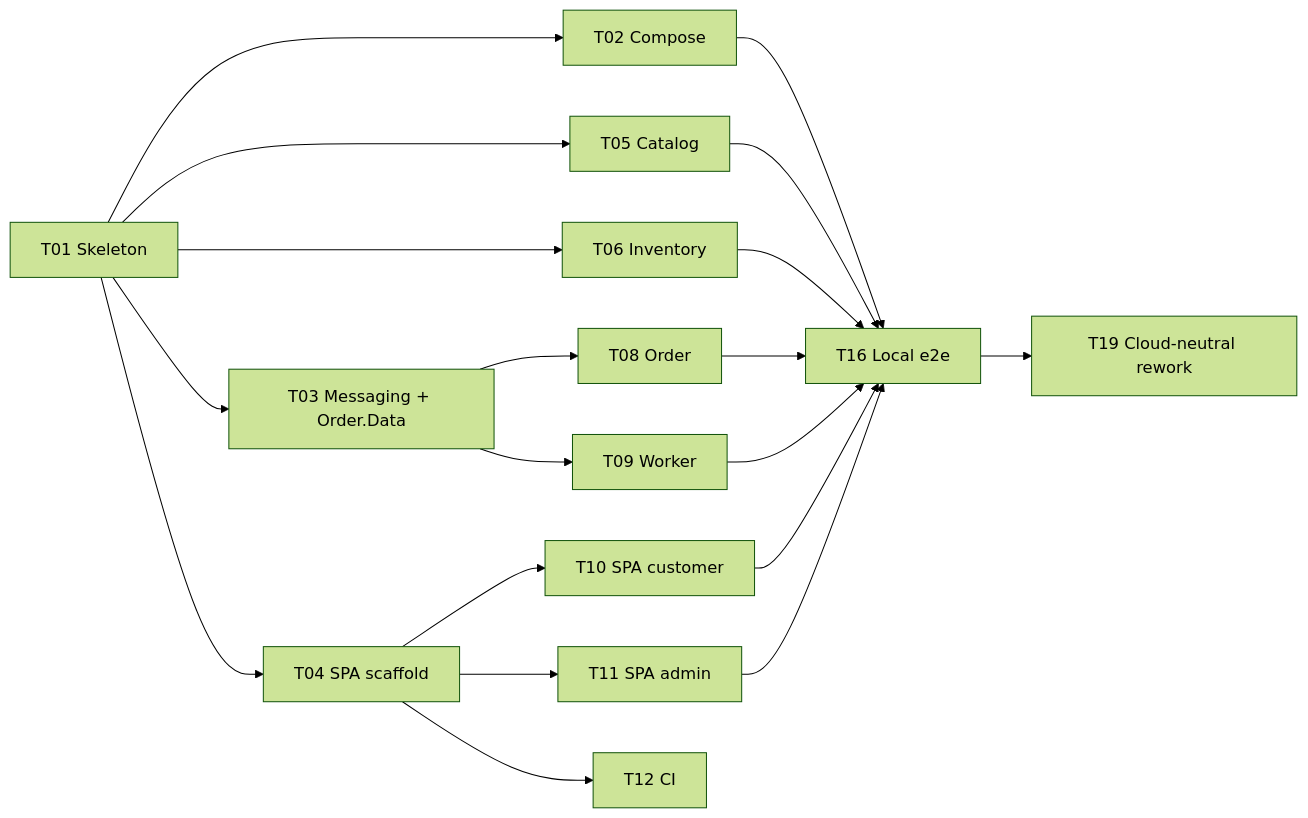
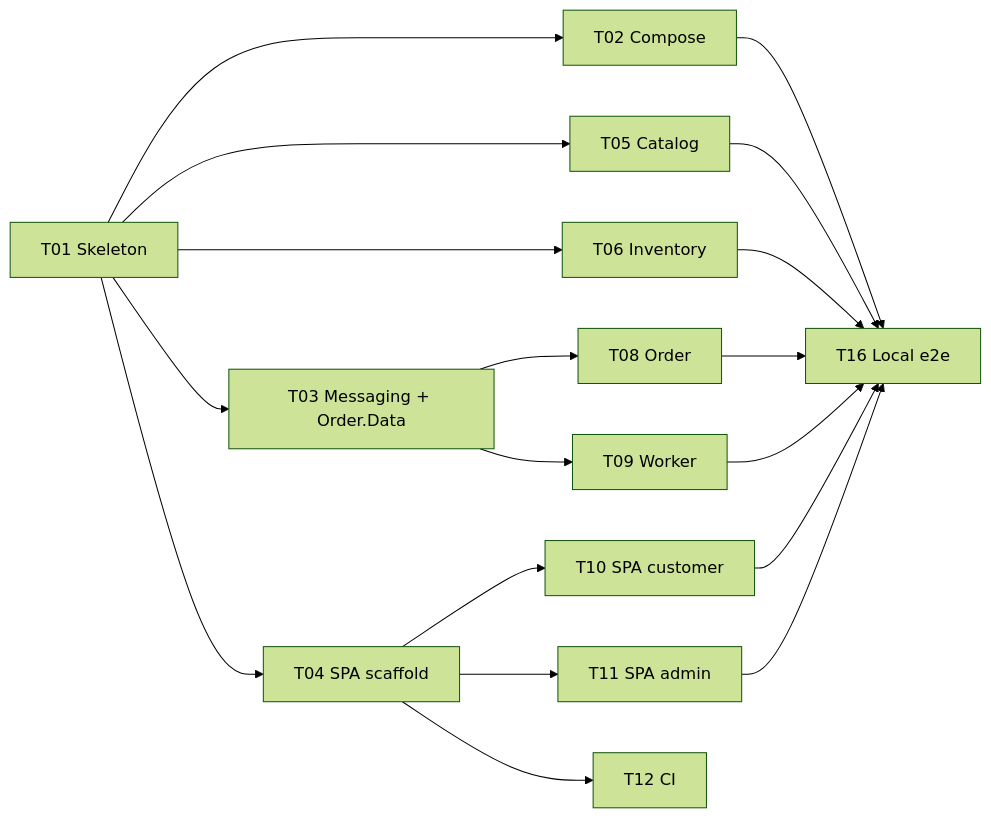
One commit to devsuperman/SuperTickets changed the diagram in tasks.md. Above: the diagram before and after it, drawn with Mermaid (forest theme). The commit also changed other lines of this file and 1 other file, not shown here.

````diff
--- a/tasks.md
+++ b/tasks.md
@@ -7,8 +7,7 @@
 ```mermaid
 graph LR
   T01[T01 Skeleton] --> T02[T02 Compose] & T03[T03 Messaging + Order.Data] & T04[T04 SPA scaffold] & T05[T05 Catalog] & T06[T06 Inventory]
   T03 --> T08[T08 Order] & T09[T09 Worker]
   T04 --> T10[T10 SPA customer] & T11[T11 SPA admin] & T12[T12 CI]
   T02 & T05 & T06 & T08 & T09 & T10 & T11 --> T16[T16 Local e2e]
-  T16 --> T19[T19 Cloud-neutral rework]
 ```
````
